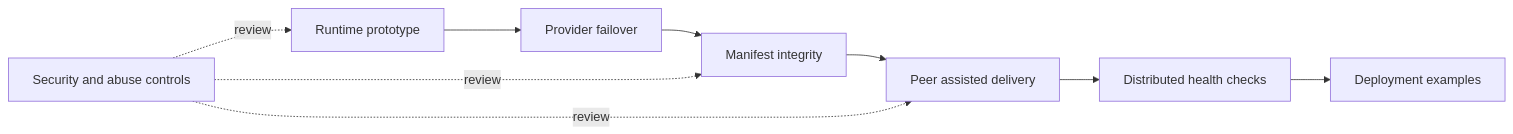
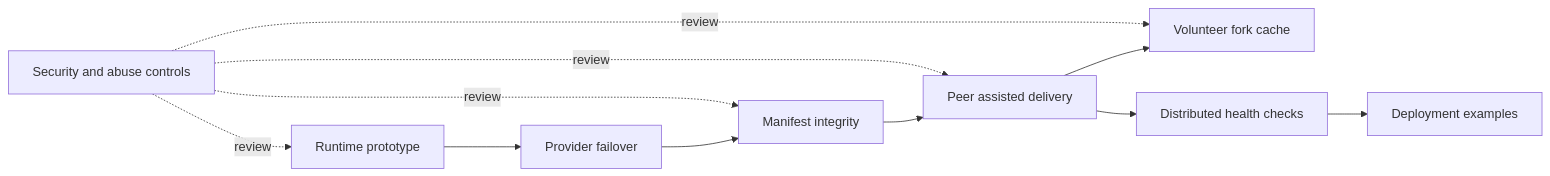
The diagram in ROADMAP.md (DeerSpotter/after-cloudflare), drawn with Mermaid before and after one commit. The commit also changed other lines of this file, not shown here.

Commit message:
Link volunteer fork cache future work from roadmap

````diff
--- a/ROADMAP.md
+++ b/ROADMAP.md
@@ -17,11 +18,13 @@
 ```mermaid
 flowchart LR
     R[Runtime prototype] --> F[Provider failover]
     F --> M[Manifest integrity]
     M --> P[Peer assisted delivery]
+    P --> V[Volunteer fork cache]
     P --> H[Distributed health checks]
     H --> D[Deployment examples]
     S[Security and abuse controls] -. review .-> R
     S -. review .-> M
     S -. review .-> P
+    S -. review .-> V
 ```
````
